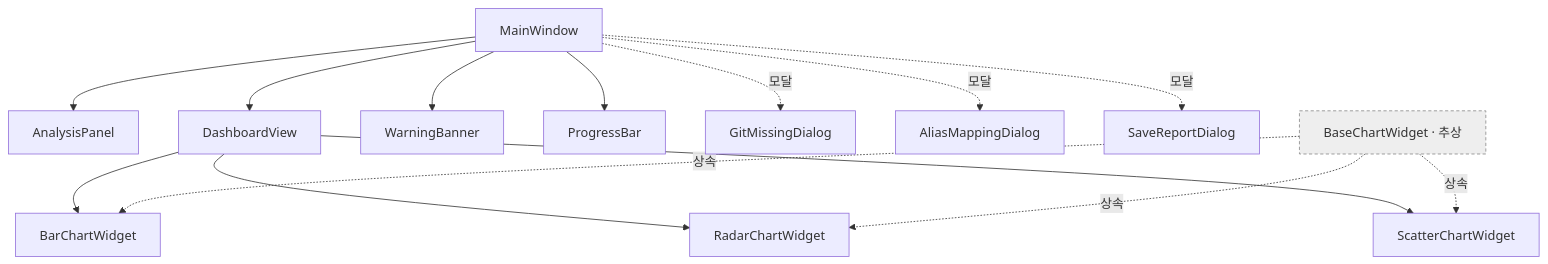
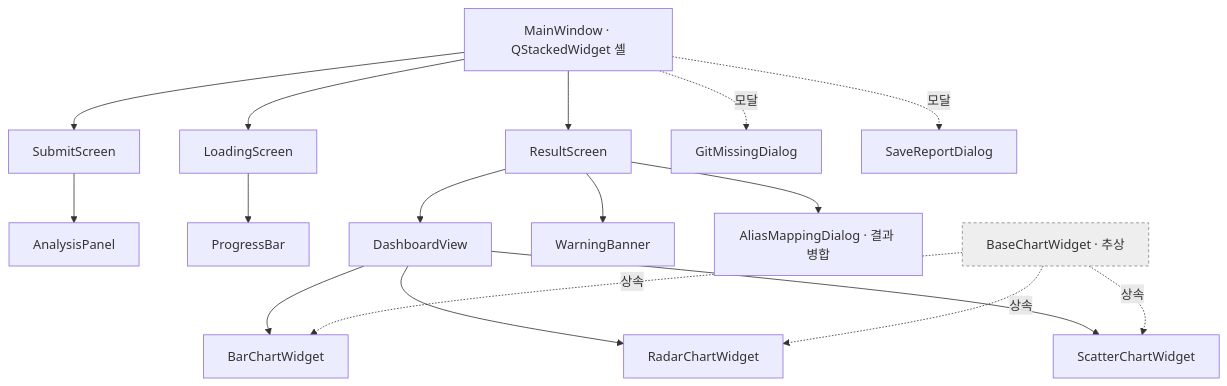
One commit to Eucliwood32/Software_Engineering_mirae changed the second of 4 diagrams in docs/02-design-planning/view-design.md. Above: the diagram before and after it, drawn with Mermaid. The commit also changed other lines of this file and 1 other file, not shown here.

First line of the commit message:
Update view-design.md, 00-Requirement-records.md

````diff
--- a/docs/02-design-planning/view-design.md
+++ b/docs/02-design-planning/view-design.md
@@ -131,23 +141,28 @@
 ```mermaid
 flowchart TD
-    MW[MainWindow]
-    MW --> AP[AnalysisPanel]
-    MW --> DV[DashboardView]
-    MW --> WB[WarningBanner]
-    MW --> PB[ProgressBar]
+    MW[MainWindow · QStackedWidget 셸]
+    MW --> SUB[SubmitScreen]
+    MW --> LOAD[LoadingScreen]
+    MW --> RES[ResultScreen]
+
+    SUB --> AP[AnalysisPanel]
+    LOAD --> PB[ProgressBar]
+    RES --> DV[DashboardView]
+    RES --> WB[WarningBanner]
+    RES --> AMD[AliasMappingDialog · 결과 병합]
+
     MW -.모달.-> GMD[GitMissingDialog]
-    MW -.모달.-> AMD[AliasMappingDialog]
     MW -.모달.-> SRD[SaveReportDialog]
 
     DV --> BAR[BarChartWidget]
     DV --> RAD[RadarChartWidget]
     DV --> SCT[ScatterChartWidget]
 
     BASE[BaseChartWidget · 추상]
     BASE -. 상속 .-> BAR
     BASE -. 상속 .-> RAD
     BASE -. 상속 .-> SCT
 
     classDef abs fill:#eee,stroke:#888,stroke-dasharray:4 3;
     class BASE abs;
 ```
````
